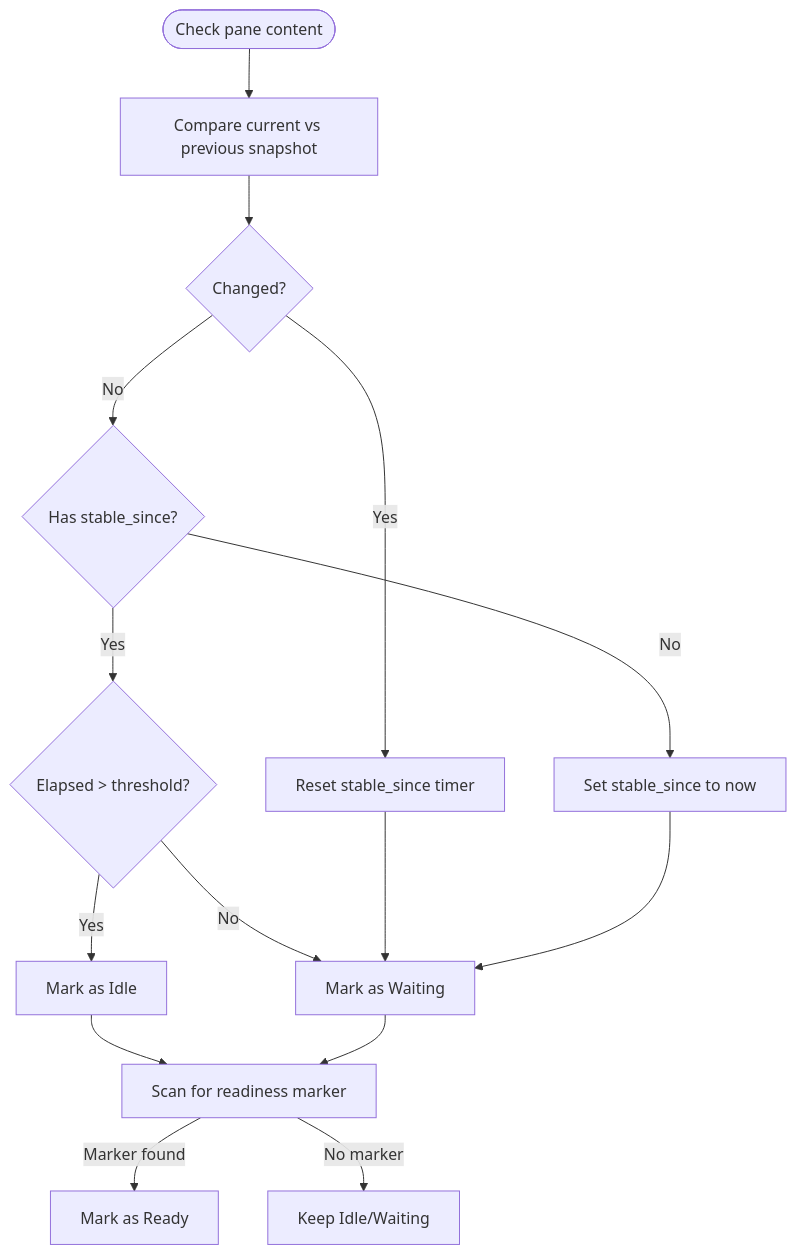
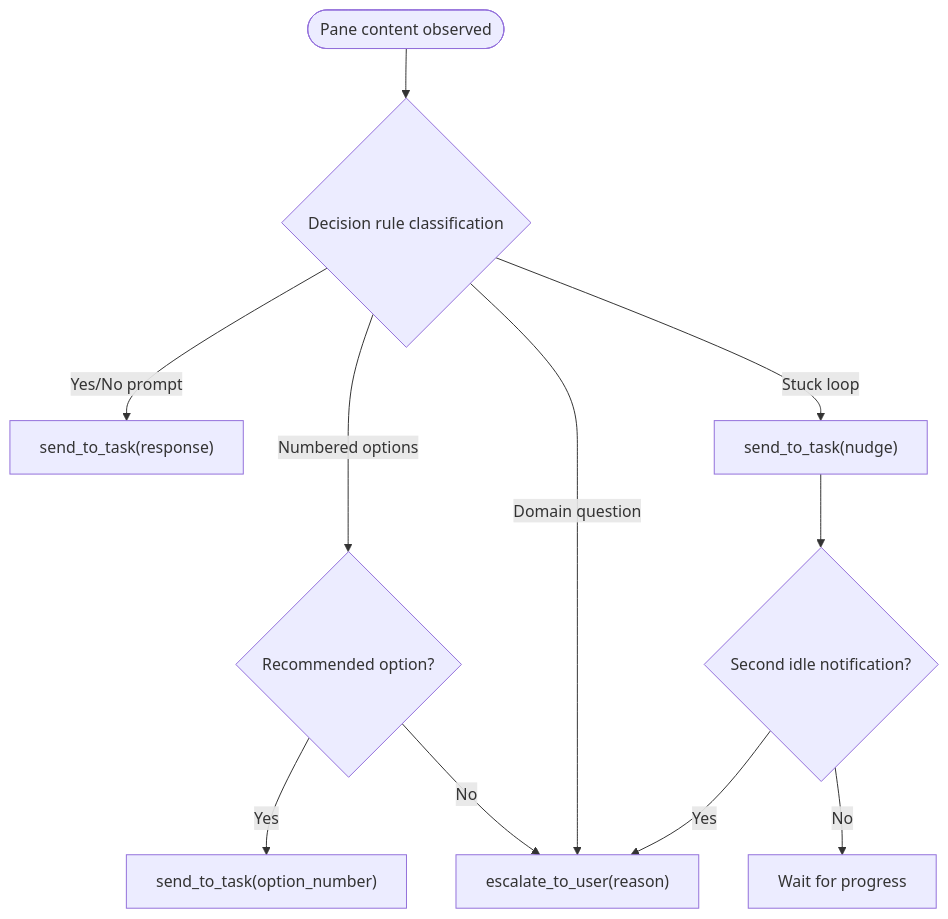
One commit to bramburn/agtx changed the fifth of 7 diagrams in .qoder/repowiki/en/content/Advanced Features/Orchestrator Agent.md. Above: the diagram before and after it, drawn with Mermaid. The commit also changed other lines of this file and 140 other files, not shown here.

````diff
--- a/.qoder/repowiki/en/content/Advanced Features/Orchestrator Agent.md
+++ b/.qoder/repowiki/en/content/Advanced Features/Orchestrator Agent.md
@@ -158,17 +222,13 @@
 ```mermaid
 flowchart TD
-Start(["Check pane content"]) --> Compare["Compare current vs previous snapshot"]
-Compare --> Changed{"Changed?"}
-Changed --> |Yes| ResetTimer["Reset stable_since timer"]
-Changed --> |No| HasTimer{"Has stable_since?"}
-HasTimer --> |No| StartTimer["Set stable_since to now"]
-HasTimer --> |Yes| Elapsed{"Elapsed > threshold?"}
-Elapsed --> |Yes| MarkIdle["Mark as Idle"]
-Elapsed --> |No| MarkWaiting["Mark as Waiting"]
-ResetTimer --> MarkWaiting
-StartTimer --> MarkWaiting
-MarkIdle --> SignalCheck["Scan for readiness marker"]
-MarkWaiting --> SignalCheck
-SignalCheck --> |Marker found| MarkReady["Mark as Ready"]
-SignalCheck --> |No marker| KeepState["Keep Idle/Waiting"]
+Start(["Pane content observed"]) --> Classify{"Decision rule classification"}
+Classify --> |Yes/No prompt| Answer["send_to_task(response)"]
+Classify --> |Numbered options| Recommend{"Recommended option?"}
+Recommend --> |Yes| Select["send_to_task(option_number)"]
+Recommend --> |No| Escalate["escalate_to_user(reason)"]
+Classify --> |Domain question| Escalate
+Classify --> |Stuck loop| Nudge["send_to_task(nudge)"]
+Nudge --> SecondIdle{"Second idle notification?"}
+SecondIdle --> |Yes| Escalate
+SecondIdle --> |No| Wait["Wait for progress"]
 ```
````
